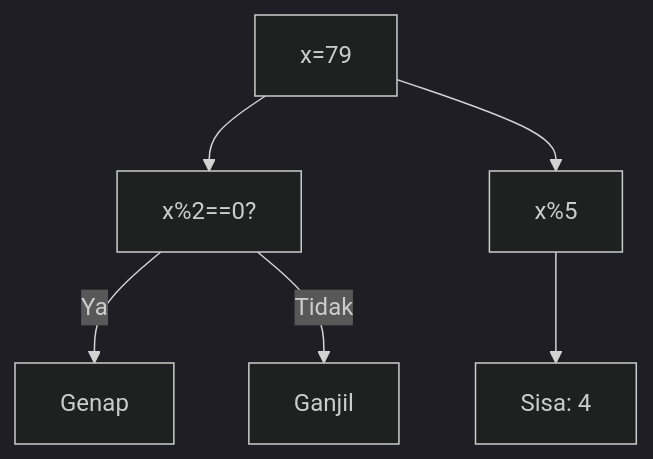
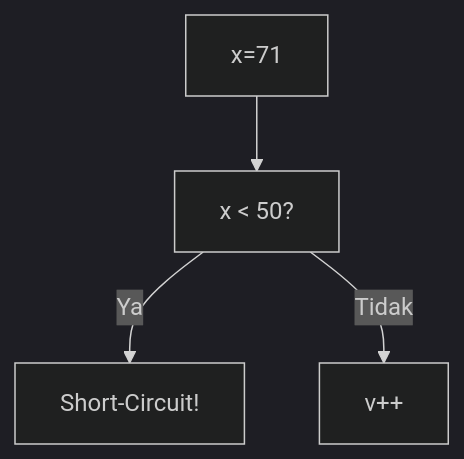
Before and after one commit to amnahwaida/OSNK_INF_PREP: the sixth of 25 diagrams in part-c-pemahaman-cpp/02-percabangan/latihan/set-08.md, drawn with Mermaid (dark theme). The commit also changed other lines of this file and 71 other files, not shown here.

````diff
--- a/part-c-pemahaman-cpp/02-percabangan/latihan/set-08.md
+++ b/part-c-pemahaman-cpp/02-percabangan/latihan/set-08.md
@@ -284,8 +162,6 @@
 ```mermaid
 graph TD
-A["x=79"] --> B["x%2==0?"]
-B -- Ya --> C["Genap"]
-B -- Tidak --> D["Ganjil"]
-A --> E["x%5"]
-E --> F["Sisa: 4"]
+A["x=71"] --> B["x < 50?"]
+B -- Ya --> C["Short-Circuit!"]
+B -- Tidak --> D["v++"]
 ```
````
